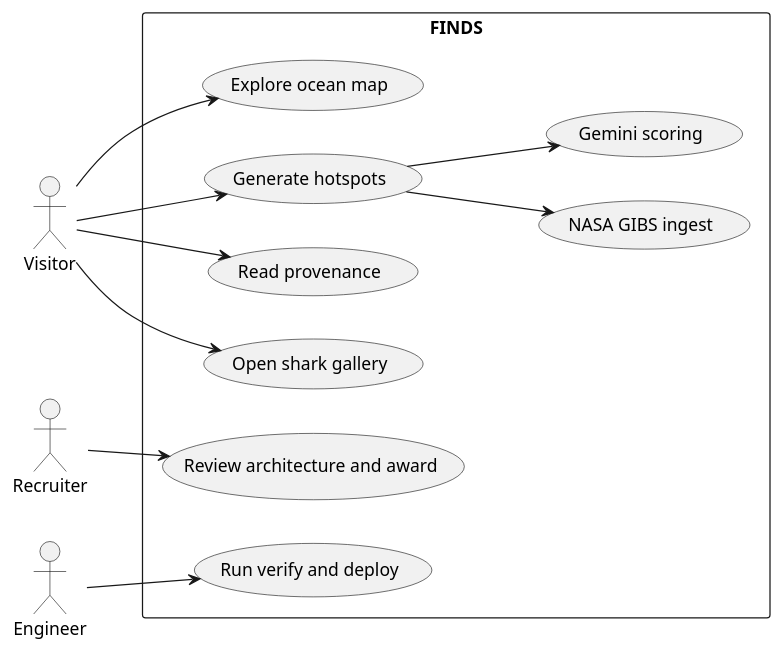
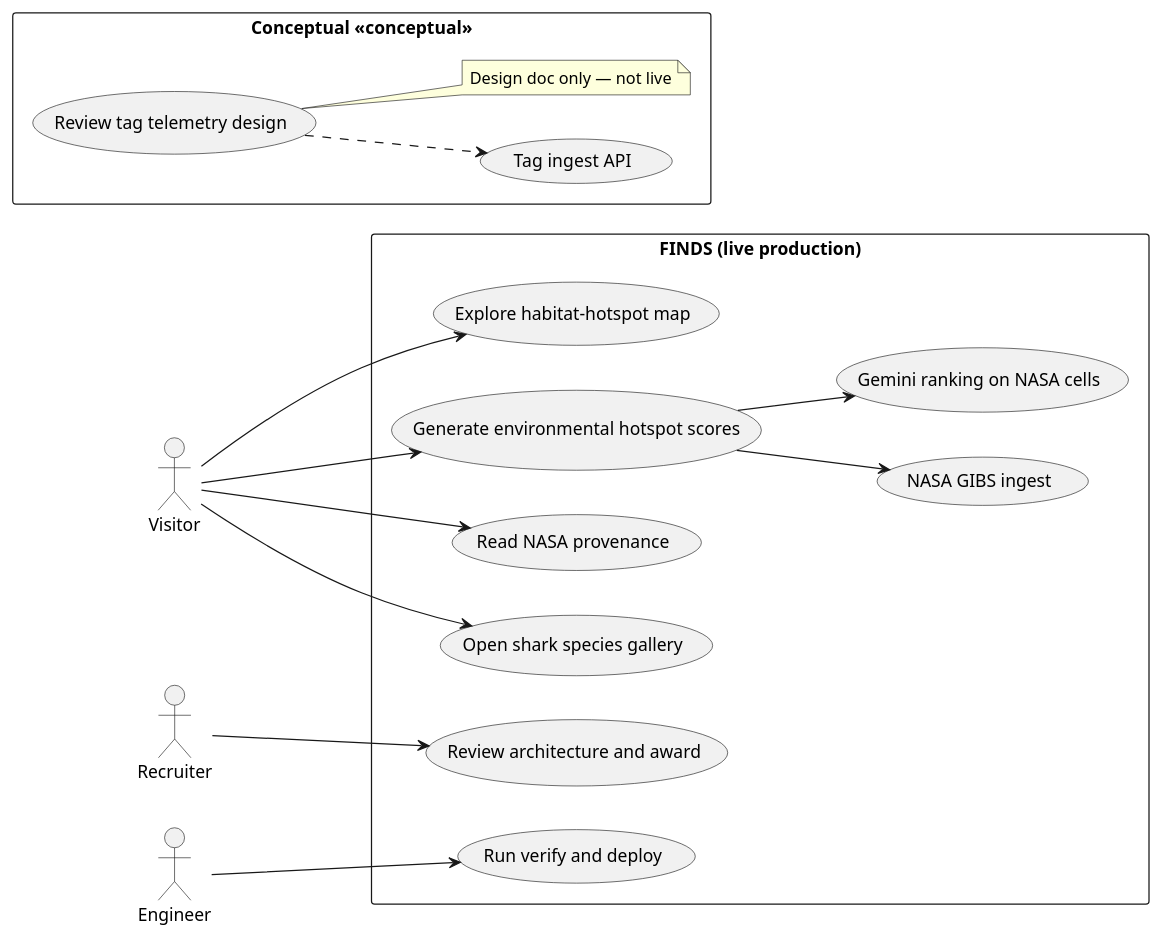
Before and after one commit to gunnchOS3k/FINDS-Sharks-From-Space: the diagram in docs/architecture/uml/01-use-case.puml, drawn with PlantUML. The commit also changed 18 other files, not shown here.

First line of the commit message:
Align NASA Space Apps claims with production scope and evidence.

```diff
--- a/docs/architecture/uml/01-use-case.puml
+++ b/docs/architecture/uml/01-use-case.puml
@@ -1,16 +1,22 @@
 @startuml finds-use-case
 left to right direction
 actor Visitor
 actor Recruiter
 actor Engineer
-rectangle FINDS {
-  Visitor --> (Explore ocean map)
-  Visitor --> (Generate hotspots)
-  Visitor --> (Read provenance)
-  Visitor --> (Open shark gallery)
+rectangle "FINDS (live production)" {
+  Visitor --> (Explore habitat-hotspot map)
+  Visitor --> (Generate environmental hotspot scores)
+  Visitor --> (Read NASA provenance)
+  Visitor --> (Open shark species gallery)
   Recruiter --> (Review architecture and award)
   Engineer --> (Run verify and deploy)
-  (Generate hotspots) --> (NASA GIBS ingest)
-  (Generate hotspots) --> (Gemini scoring)
+  (Generate environmental hotspot scores) --> (NASA GIBS ingest)
+  (Generate environmental hotspot scores) --> (Gemini ranking on NASA cells)
+}
+rectangle "Conceptual <<conceptual>>" {
+  (Review tag telemetry design) ..> (Tag ingest API)
+  note right of (Review tag telemetry design)
+    Design doc only — not live
+  end note
 }
 @enduml
```
